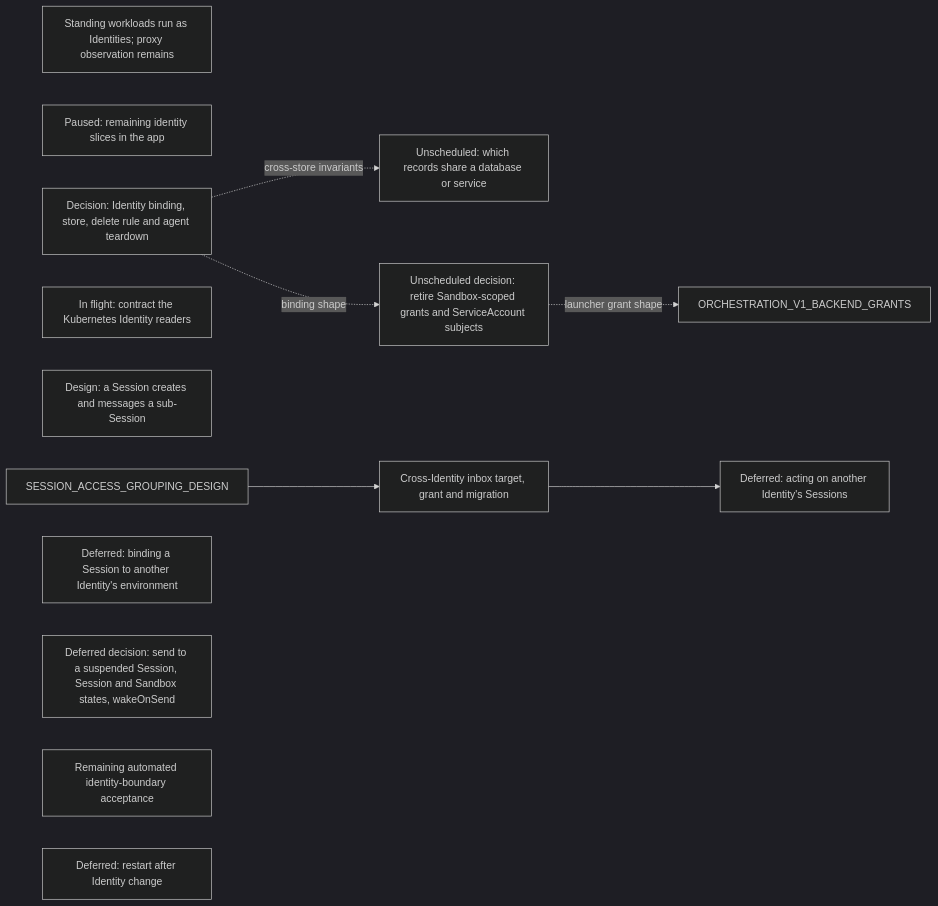
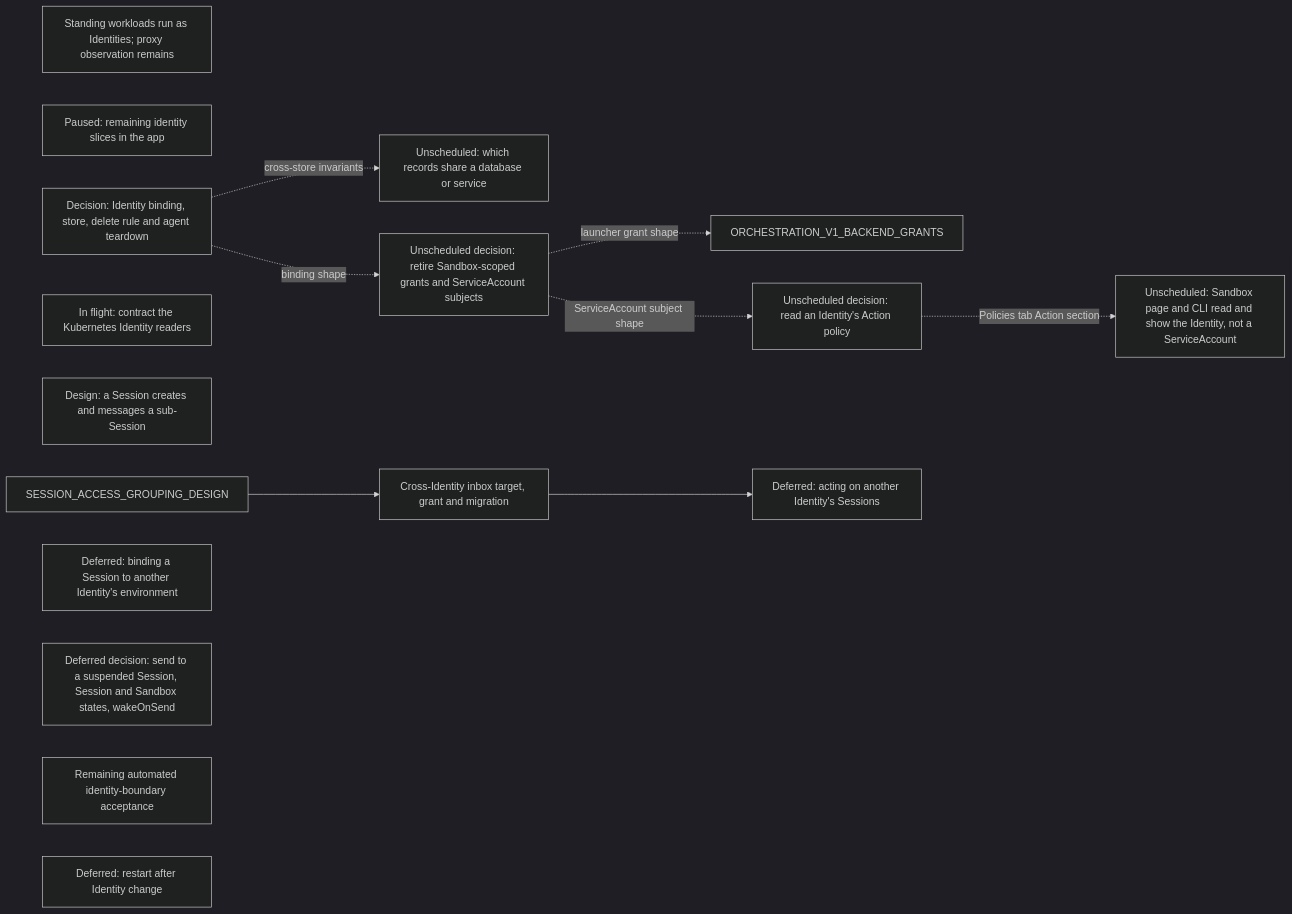
Before and after one commit to agentydragon/ducktape: diagram 16 of 18 in agentplane/plans/task_dag.md, drawn with Mermaid (dark theme). The commit also changed other lines of this file, not shown here.

First line of the commit message:
agentplane plans: track Sandbox surfaces that still assume a ServiceAccount

````diff
--- a/agentplane/plans/task_dag.md
+++ b/agentplane/plans/task_dag.md
@@ -3548,19 +3548,23 @@
 ```mermaid
 flowchart LR
     STANDING_WORKLOAD_IDENTITY[Standing workloads run as Identities; proxy observation remains]
     APP_IDENTITIES_UI[Paused: remaining identity slices in the app]
     IDENTITY_OWNERSHIP_DESIGN[Decision: Identity binding, store, delete rule and agent teardown]
     IDENTITY_READERS_BEHIND_POLICY_SERVICE[In flight: contract the Kubernetes Identity readers]
     RECORD_COLOCATION_DESIGN[Unscheduled: which records share a database or service]
     POLICY_SUBJECTS_IDENTITY_ONLY[Unscheduled decision: retire Sandbox-scoped grants and ServiceAccount subjects]
     IDENTITY_OWNERSHIP_DESIGN -. binding shape .-> POLICY_SUBJECTS_IDENTITY_ONLY
     POLICY_SUBJECTS_IDENTITY_ONLY -. launcher grant shape .-> ORCHESTRATION_V1_BACKEND_GRANTS
+    SANDBOX_IDENTITY_SURFACES[Unscheduled: Sandbox page and CLI read and show the Identity, not a ServiceAccount]
+    ACTION_POLICY_IDENTITY_SUBJECT[Unscheduled decision: read an Identity's Action policy]
+    POLICY_SUBJECTS_IDENTITY_ONLY -. ServiceAccount subject shape .-> ACTION_POLICY_IDENTITY_SUBJECT
+    ACTION_POLICY_IDENTITY_SUBJECT -. Policies tab Action section .-> SANDBOX_IDENTITY_SURFACES
     IDENTITY_OWNERSHIP_DESIGN -. cross-store invariants .-> RECORD_COLOCATION_DESIGN
     SESSION_SUBAGENT_DELEGATION[Design: a Session creates and messages a sub-Session]
     SESSION_ACCESS_GROUPING_DESIGN --> SESSION_IDENTITY_AUTHZ[Cross-Identity inbox target, grant and migration]
     SESSION_IDENTITY_AUTHZ --> SESSION_CROSS_IDENTITY_AUTHORITY[Deferred: acting on another Identity's Sessions]
     CROSS_IDENTITY_SESSION_BINDING[Deferred: binding a Session to another Identity's environment]
     WAKE_ON_DELIVERY_DESIGN[Deferred decision: send to a suspended Session, Session and Sandbox states, wakeOnSend]
     IDENTITY_SYSTEM_TESTS[Remaining automated identity-boundary acceptance]
     SANDBOX_IDENTITY_CHANGE_CHECKPOINT[Deferred: restart after Identity change]
 ```
````
